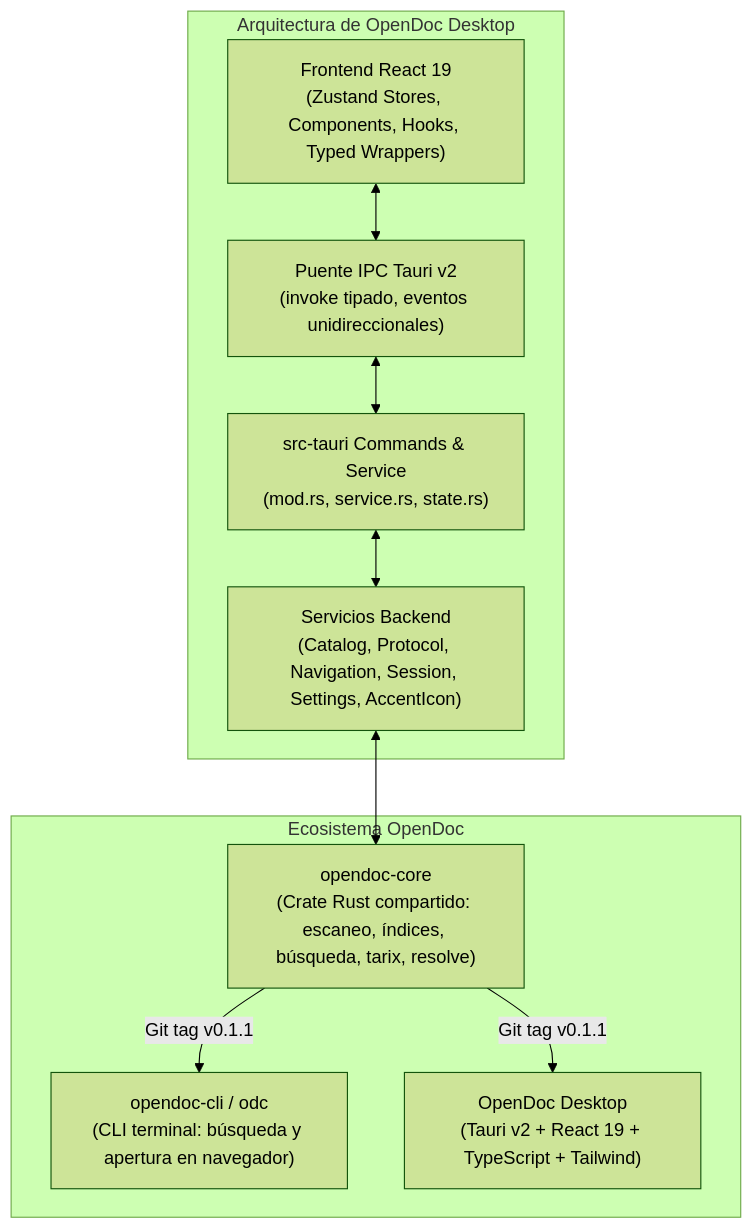
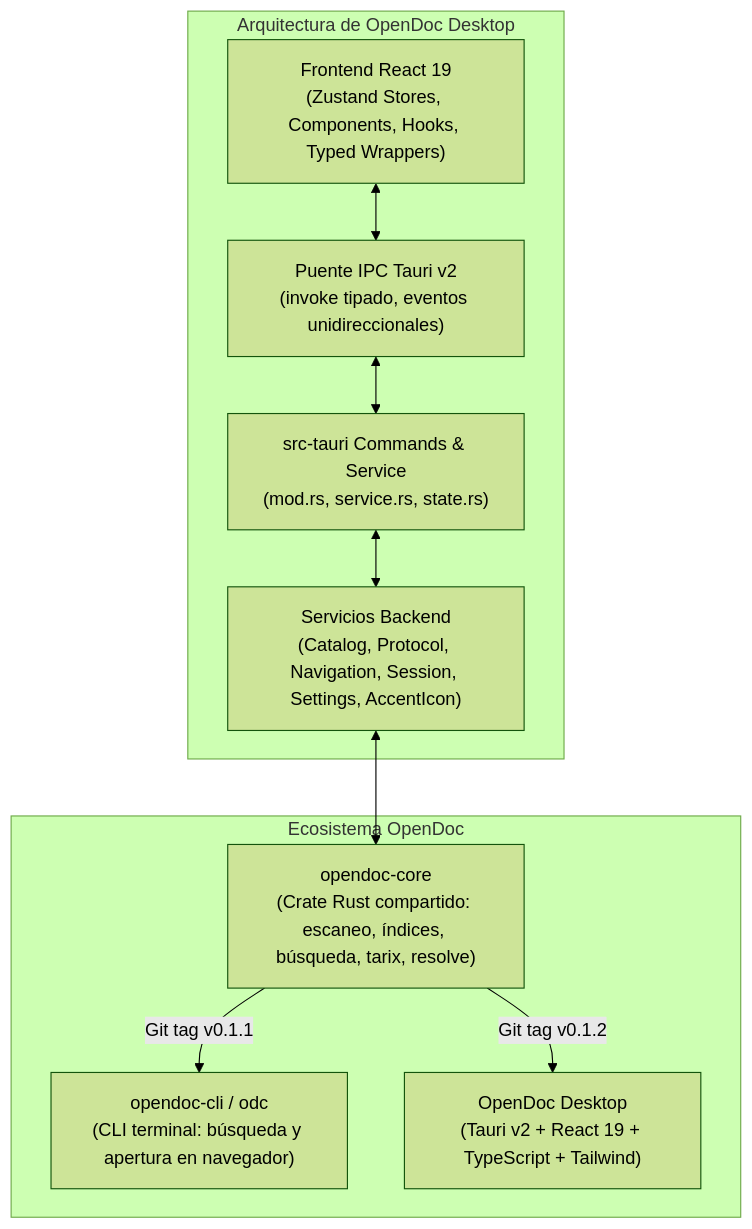
Before and after one commit to daidarzzz/opendoc: the diagram in SPEC.md, drawn with Mermaid (forest theme). The commit also changed 3 other files, not shown here.

````diff
--- a/SPEC.md
+++ b/SPEC.md
@@ -27,23 +27,23 @@
 ```mermaid
 graph TD
     subgraph Ecosistema OpenDoc
         CORE["opendoc-core<br/>(Crate Rust compartido: escaneo, índices, búsqueda, tarix, resolve)"]
         CLI["opendoc-cli / odc<br/>(CLI terminal: búsqueda y apertura en navegador)"]
         APP["OpenDoc Desktop<br/>(Tauri v2 + React 19 + TypeScript + Tailwind)"]
     end
 
     CORE -->|Git tag v0.1.1| CLI
-    CORE -->|Git tag v0.1.1| APP
+    CORE -->|Git tag v0.1.2| APP
 
     subgraph Arquitectura de OpenDoc Desktop
         FE["Frontend React 19<br/>(Zustand Stores, Components, Hooks, Typed Wrappers)"]
         TAURI_IPC["Puente IPC Tauri v2<br/>(invoke tipado, eventos unidireccionales)"]
         BE_CMD["src-tauri Commands & Service<br/>(mod.rs, service.rs, state.rs)"]
         BE_SRV["Servicios Backend<br/>(Catalog, Protocol, Navigation, Session, Settings, AccentIcon)"]
 
         FE <--> TAURI_IPC
         TAURI_IPC <--> BE_CMD
         BE_CMD <--> BE_SRV
         BE_SRV <--> CORE
     end
 ```
````
